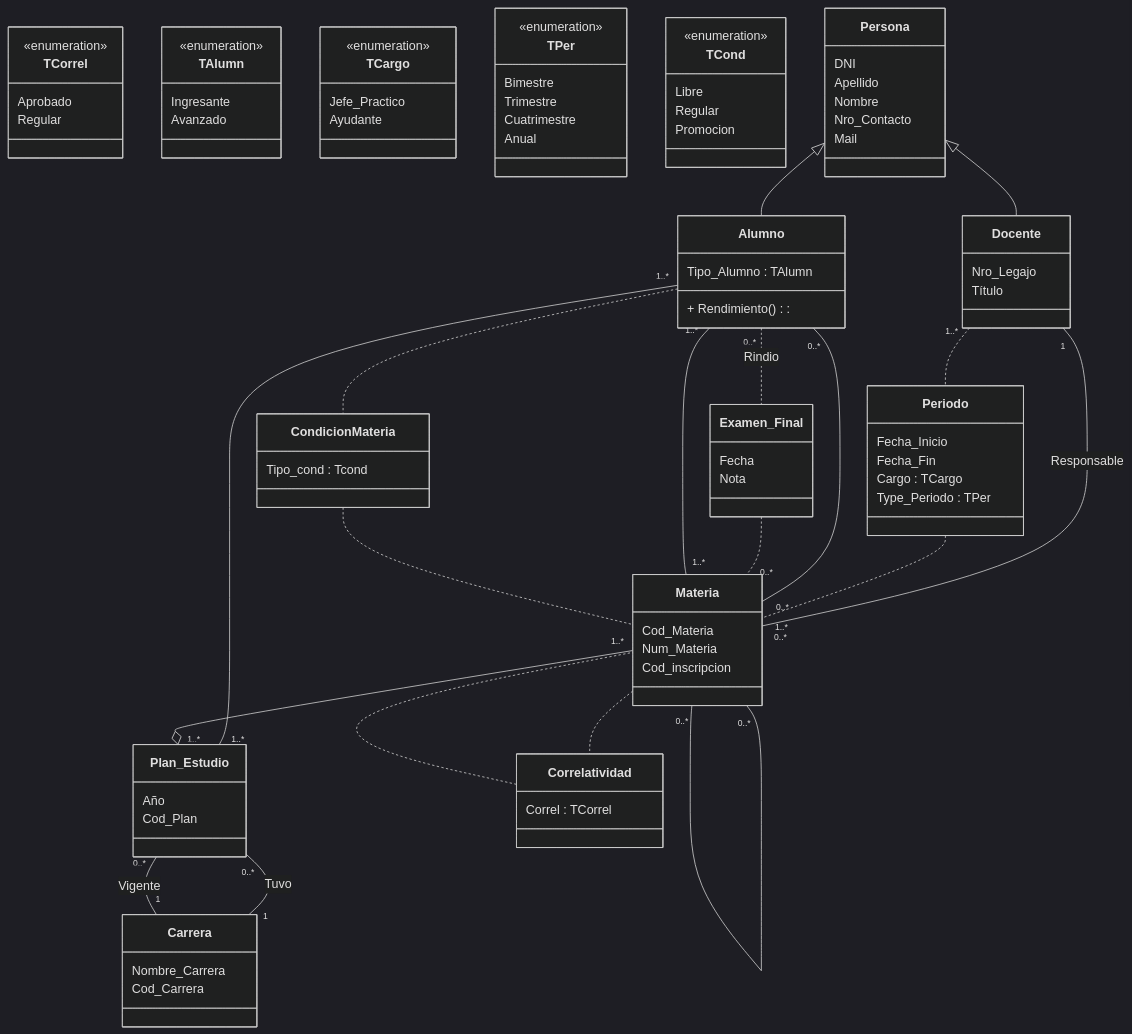
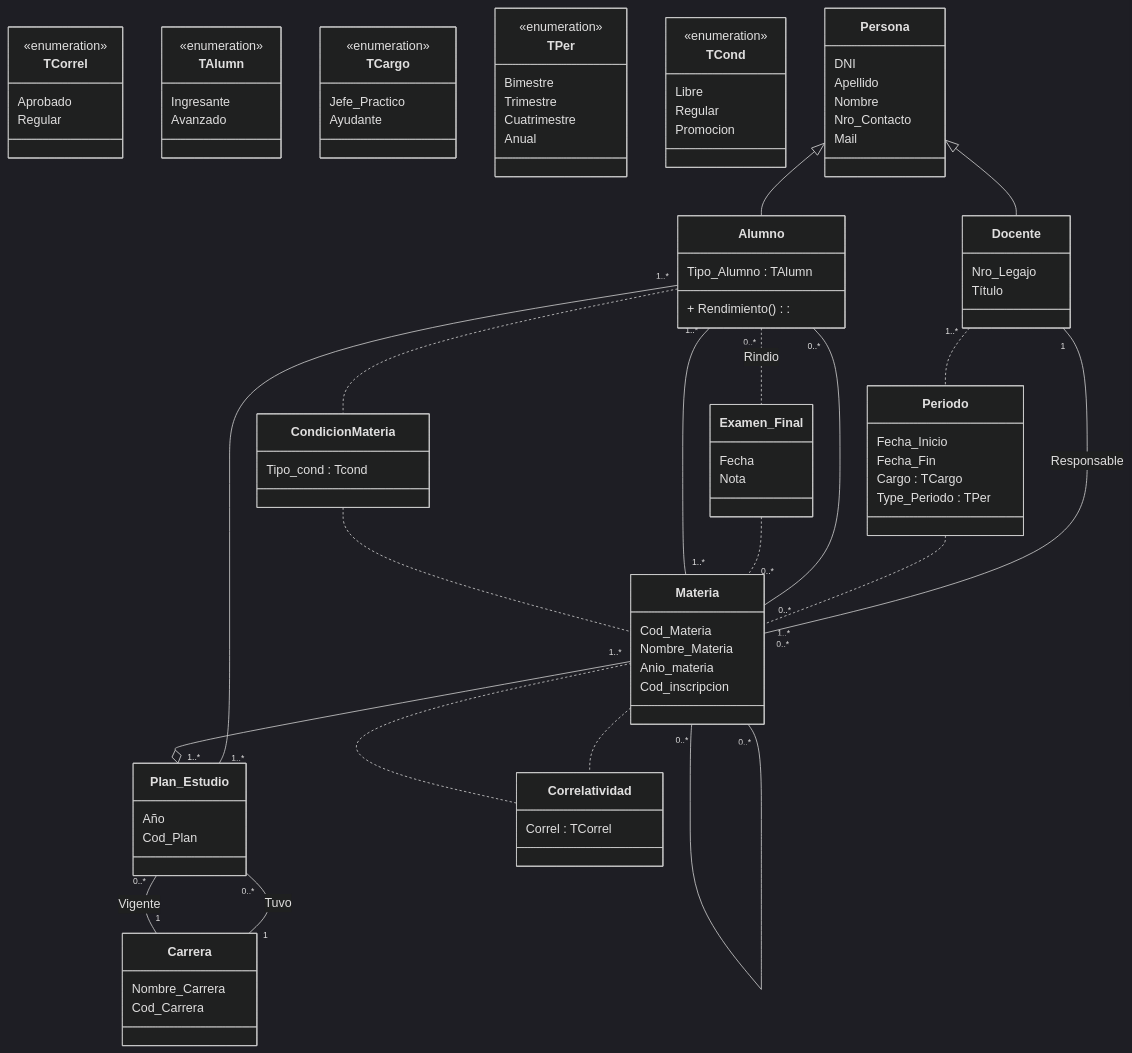
Before and after one commit to natashalunaa/sistema-de-gestion-estudiantil-G6: the diagram in documentación/diagrams/dc_mermaid.mmd, drawn with Mermaid (dark theme).

Commit message:
Modifique la clase materia
Agregue nombre y anio, elimine numero de materia

```diff
--- a/documentación/diagrams/dc_mermaid.mmd
+++ b/documentación/diagrams/dc_mermaid.mmd
@@ -1,120 +1,121 @@
 classDiagram
 
 %% ENUMS
 class TCorrel {
   <<enumeration>>
   Aprobado
   Regular
 }
 
 class TAlumn {
   <<enumeration>>
   Ingresante
   Avanzado
 }
 
 class TCargo {
   <<enumeration>>
   Jefe_Practico
   Ayudante
 }
 
 class TPer {
   <<enumeration>>
   Bimestre
   Trimestre
   Cuatrimestre
   Anual
 }
 
 class TCond {
   <<enumeration>>
   Libre
   Regular
   Promocion
 }
 
 %% CLASES
 class Persona {
   DNI
   Apellido
   Nombre
   Nro_Contacto
   Mail
 }
 
 class Docente {
   Nro_Legajo
   Título
 }
 
 class Alumno {
   Tipo_Alumno : TAlumn
   + Rendimiento():
 }
 
 class Examen_Final {
   Fecha
   Nota
 }
 
 class Periodo {
   Fecha_Inicio
   Fecha_Fin
   Cargo : TCargo
   Type_Periodo : TPer
 }
 
 class Materia {
   Cod_Materia
-  Num_Materia
+  Nombre_Materia
+  Anio_materia
   Cod_inscripcion
 }
 
 class Plan_Estudio {
   Año
   Cod_Plan
 }
 
 class Carrera {
   Nombre_Carrera
   Cod_Carrera
 }
 
 class Correlatividad {
   Correl : TCorrel
 }
 
 class CondicionMateria {
   Tipo_cond : Tcond
 }
 
 %% HERENCIA
 Persona <|-- Docente
 Persona <|-- Alumno
 
 %%RELACIONES DOCENTE MATERIA PERIODO
 Docente "1" -- "0..*" Materia : Responsable
 Docente "1..*".. Periodo
 Periodo .. "1..*"Materia
 
 %%RELACIONES ALUMNO MATERIA EXAMEN FINAL
 Alumno "0..*"--"0..*" Materia
 Alumno "0..*".. Examen_Final : Rindio
 Examen_Final .. "0..*" Materia
 
 %%RELACIONES PLAN DE ESTUDIO
 Alumno"1..*" -- "1..*" Plan_Estudio
 Materia"1..*" --o "1..*"Plan_Estudio
 Plan_Estudio "0..*"--"1" Carrera : Tuvo
 Plan_Estudio "0..*"-- "1"Carrera : Vigente
 
 %%RELACIONES DE MATERIA
 Materia "0..*"--"0..*" Materia
 Materia .. Correlatividad
 Correlatividad .. Materia
 
 %% RELACIONES MATERIA ALUMNO CONDICIONMATERIA
 Alumno"1..*" -- "1..*" Materia
 Alumno .. CondicionMateria
 CondicionMateria .. Materia
```
